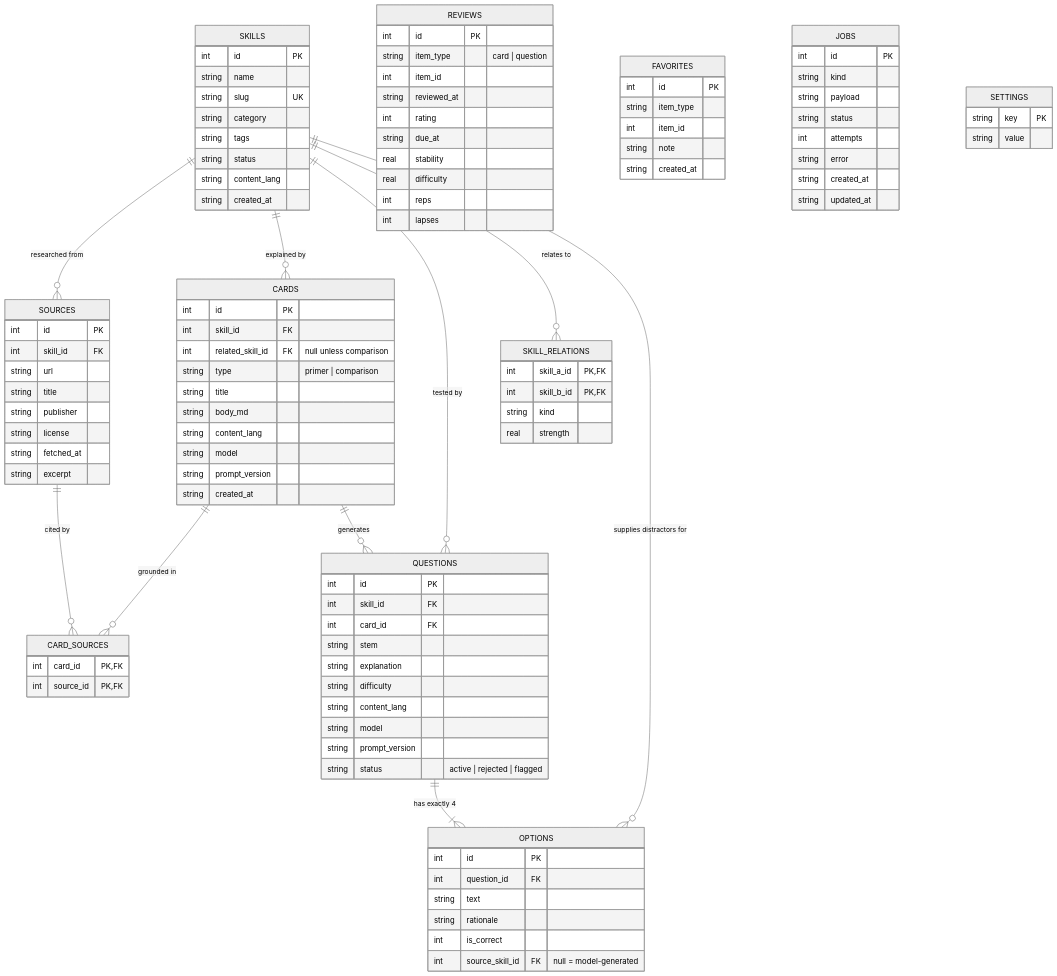
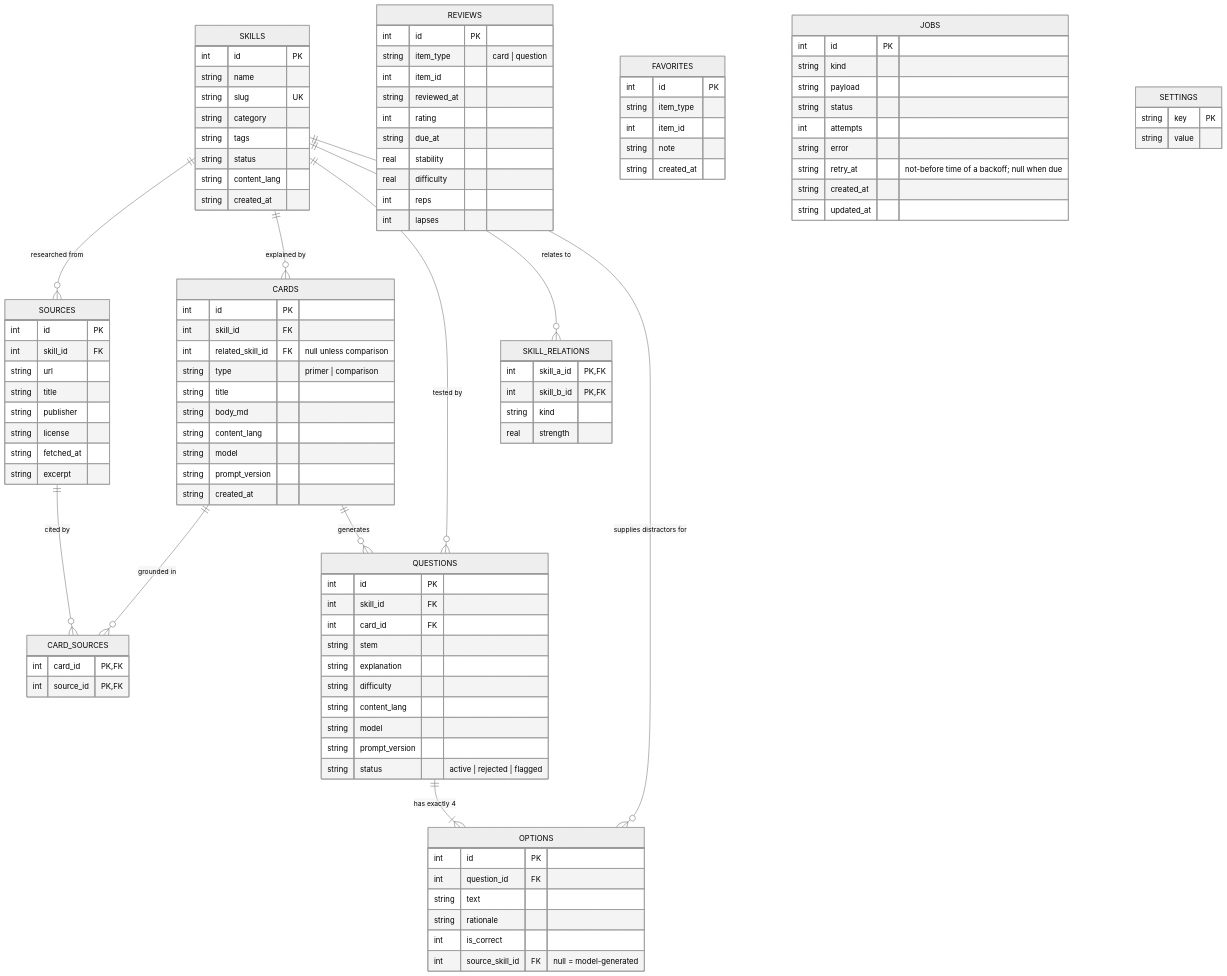
Before and after one commit to erenisci/skill_interview.exe: the diagram in docs/architecture/erd.md, drawn with Mermaid (neutral theme). The commit also changed 5 other files, not shown here.

```diff
--- a/docs/architecture/erd.md
+++ b/docs/architecture/erd.md
@@ -114,6 +114,7 @@
         string status
         int attempts
         string error
+        string retry_at "not-before time of a backoff; null when due"
         string created_at
         string updated_at
     }
```
